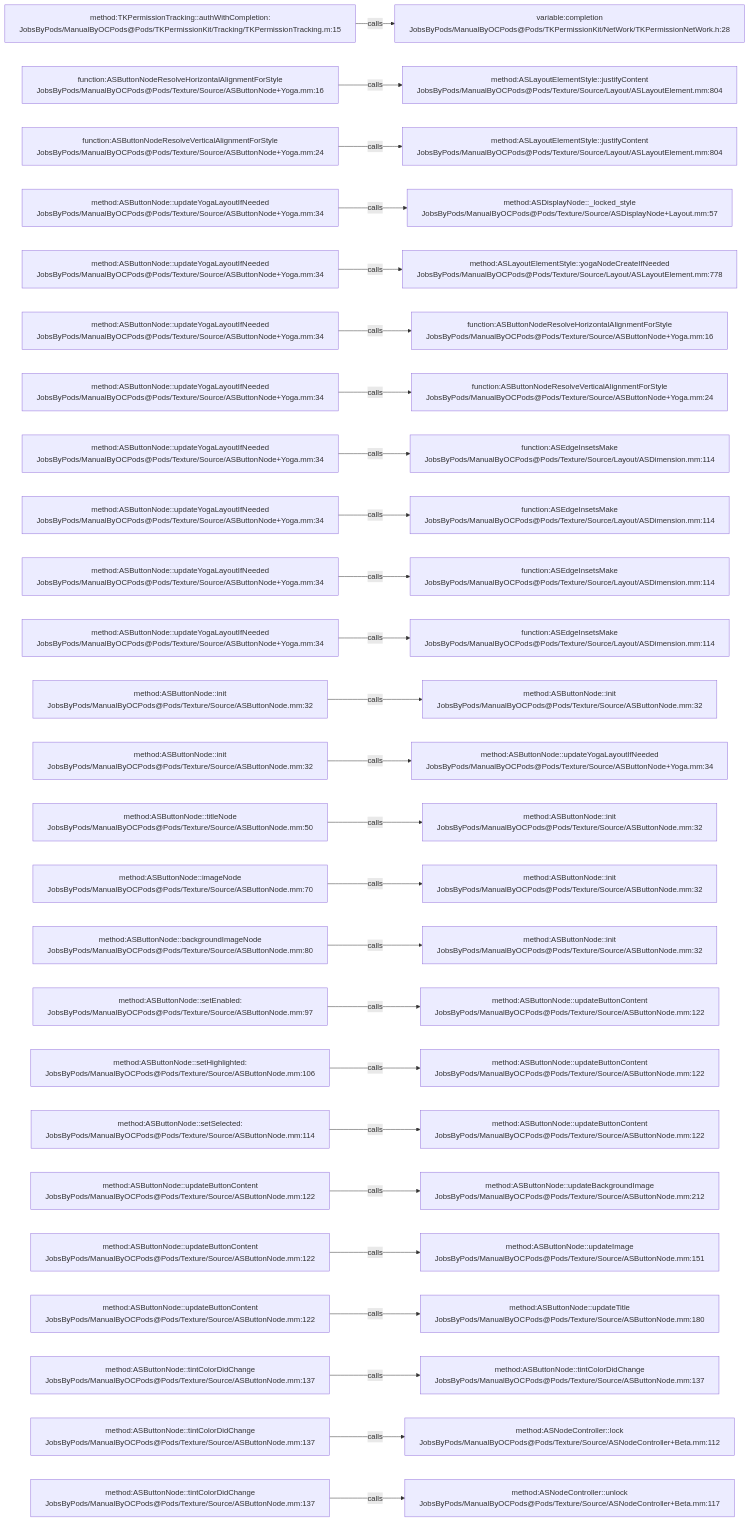
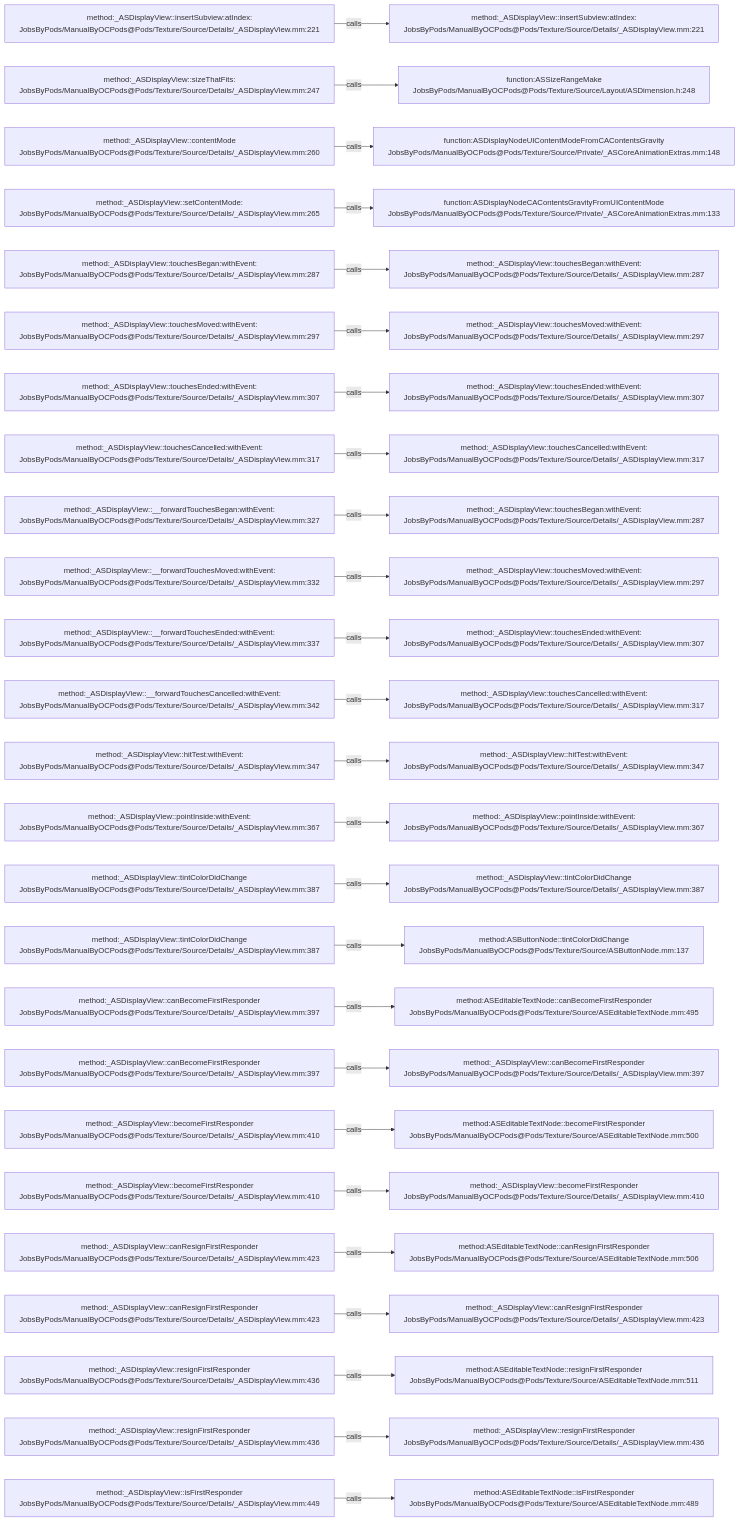
The diagram in .codegraph/codegraph.md/graphs/calls-180.md (JobsKits/JobsOCBaseConfigDemo), drawn with Mermaid before and after one commit. The commit also changed 2162 other files, not shown here.

````diff
--- a/.codegraph/codegraph.md/graphs/calls-180.md
+++ b/.codegraph/codegraph.md/graphs/calls-180.md
@@ -13,78 +13,78 @@
 ```mermaid
 flowchart LR
-  S1["method:TKPermissionTracking::authWithCompletion:<br/>JobsByPods/ManualByOCPods@Pods/TKPermissionKit/Tracking/TKPermissionTracking.m:15"]
-  T1["variable:completion<br/>JobsByPods/ManualByOCPods@Pods/TKPermissionKit/NetWork/TKPermissionNetWork.h:28"]
+  S1["method:_ASDisplayView::insertSubview:atIndex:<br/>JobsByPods/ManualByOCPods@Pods/Texture/Source/Details/_ASDisplayView.mm:221"]
+  T1["method:_ASDisplayView::insertSubview:atIndex:<br/>JobsByPods/ManualByOCPods@Pods/Texture/Source/Details/_ASDisplayView.mm:221"]
   S1 -->|calls| T1
-  S2["function:ASButtonNodeResolveHorizontalAlignmentForStyle<br/>JobsByPods/ManualByOCPods@Pods/Texture/Source/ASButtonNode+Yoga.mm:16"]
-  T2["method:ASLayoutElementStyle::justifyContent<br/>JobsByPods/ManualByOCPods@Pods/Texture/Source/Layout/ASLayoutElement.mm:804"]
+  S2["method:_ASDisplayView::sizeThatFits:<br/>JobsByPods/ManualByOCPods@Pods/Texture/Source/Details/_ASDisplayView.mm:247"]
+  T2["function:ASSizeRangeMake<br/>JobsByPods/ManualByOCPods@Pods/Texture/Source/Layout/ASDimension.h:248"]
   S2 -->|calls| T2
-  S3["function:ASButtonNodeResolveVerticalAlignmentForStyle<br/>JobsByPods/ManualByOCPods@Pods/Texture/Source/ASButtonNode+Yoga.mm:24"]
-  T3["method:ASLayoutElementStyle::justifyContent<br/>JobsByPods/ManualByOCPods@Pods/Texture/Source/Layout/ASLayoutElement.mm:804"]
+  S3["method:_ASDisplayView::contentMode<br/>JobsByPods/ManualByOCPods@Pods/Texture/Source/Details/_ASDisplayView.mm:260"]
+  T3["function:ASDisplayNodeUIContentModeFromCAContentsGravity<br/>JobsByPods/ManualByOCPods@Pods/Texture/Source/Private/_ASCoreAnimationExtras.mm:148"]
   S3 -->|calls| T3
-  S4["method:ASButtonNode::updateYogaLayoutIfNeeded<br/>JobsByPods/ManualByOCPods@Pods/Texture/Source/ASButtonNode+Yoga.mm:34"]
-  T4["method:ASDisplayNode::_locked_style<br/>JobsByPods/ManualByOCPods@Pods/Texture/Source/ASDisplayNode+Layout.mm:57"]
+  S4["method:_ASDisplayView::setContentMode:<br/>JobsByPods/ManualByOCPods@Pods/Texture/Source/Details/_ASDisplayView.mm:265"]
+  T4["function:ASDisplayNodeCAContentsGravityFromUIContentMode<br/>JobsByPods/ManualByOCPods@Pods/Texture/Source/Private/_ASCoreAnimationExtras.mm:133"]
   S4 -->|calls| T4
-  S5["method:ASButtonNode::updateYogaLayoutIfNeeded<br/>JobsByPods/ManualByOCPods@Pods/Texture/Source/ASButtonNode+Yoga.mm:34"]
-  T5["method:ASLayoutElementStyle::yogaNodeCreateIfNeeded<br/>JobsByPods/ManualByOCPods@Pods/Texture/Source/Layout/ASLayoutElement.mm:778"]
+  S5["method:_ASDisplayView::touchesBegan:withEvent:<br/>JobsByPods/ManualByOCPods@Pods/Texture/Source/Details/_ASDisplayView.mm:287"]
+  T5["method:_ASDisplayView::touchesBegan:withEvent:<br/>JobsByPods/ManualByOCPods@Pods/Texture/Source/Details/_ASDisplayView.mm:287"]
   S5 -->|calls| T5
-  S6["method:ASButtonNode::updateYogaLayoutIfNeeded<br/>JobsByPods/ManualByOCPods@Pods/Texture/Source/ASButtonNode+Yoga.mm:34"]
-  T6["function:ASButtonNodeResolveHorizontalAlignmentForStyle<br/>JobsByPods/ManualByOCPods@Pods/Texture/Source/ASButtonNode+Yoga.mm:16"]
+  S6["method:_ASDisplayView::touchesMoved:withEvent:<br/>JobsByPods/ManualByOCPods@Pods/Texture/Source/Details/_ASDisplayView.mm:297"]
+  T6["method:_ASDisplayView::touchesMoved:withEvent:<br/>JobsByPods/ManualByOCPods@Pods/Texture/Source/Details/_ASDisplayView.mm:297"]
   S6 -->|calls| T6
-  S7["method:ASButtonNode::updateYogaLayoutIfNeeded<br/>JobsByPods/ManualByOCPods@Pods/Texture/Source/ASButtonNode+Yoga.mm:34"]
-  T7["function:ASButtonNodeResolveVerticalAlignmentForStyle<br/>JobsByPods/ManualByOCPods@Pods/Texture/Source/ASButtonNode+Yoga.mm:24"]
+  S7["method:_ASDisplayView::touchesEnded:withEvent:<br/>JobsByPods/ManualByOCPods@Pods/Texture/Source/Details/_ASDisplayView.mm:307"]
+  T7["method:_ASDisplayView::touchesEnded:withEvent:<br/>JobsByPods/ManualByOCPods@Pods/Texture/Source/Details/_ASDisplayView.mm:307"]
   S7 -->|calls| T7
-  S8["method:ASButtonNode::updateYogaLayoutIfNeeded<br/>JobsByPods/ManualByOCPods@Pods/Texture/Source/ASButtonNode+Yoga.mm:34"]
-  T8["function:ASEdgeInsetsMake<br/>JobsByPods/ManualByOCPods@Pods/Texture/Source/Layout/ASDimension.mm:114"]
+  S8["method:_ASDisplayView::touchesCancelled:withEvent:<br/>JobsByPods/ManualByOCPods@Pods/Texture/Source/Details/_ASDisplayView.mm:317"]
+  T8["method:_ASDisplayView::touchesCancelled:withEvent:<br/>JobsByPods/ManualByOCPods@Pods/Texture/Source/Details/_ASDisplayView.mm:317"]
   S8 -->|calls| T8
-  S9["method:ASButtonNode::updateYogaLayoutIfNeeded<br/>JobsByPods/ManualByOCPods@Pods/Texture/Source/ASButtonNode+Yoga.mm:34"]
-  T9["function:ASEdgeInsetsMake<br/>JobsByPods/ManualByOCPods@Pods/Texture/Source/Layout/ASDimension.mm:114"]
+  S9["method:_ASDisplayView::__forwardTouchesBegan:withEvent:<br/>JobsByPods/ManualByOCPods@Pods/Texture/Source/Details/_ASDisplayView.mm:327"]
+  T9["method:_ASDisplayView::touchesBegan:withEvent:<br/>JobsByPods/ManualByOCPods@Pods/Texture/Source/Details/_ASDisplayView.mm:287"]
   S9 -->|calls| T9
-  S10["method:ASButtonNode::updateYogaLayoutIfNeeded<br/>JobsByPods/ManualByOCPods@Pods/Texture/Source/ASButtonNode+Yoga.mm:34"]
-  T10["function:ASEdgeInsetsMake<br/>JobsByPods/ManualByOCPods@Pods/Texture/Source/Layout/ASDimension.mm:114"]
+  S10["method:_ASDisplayView::__forwardTouchesMoved:withEvent:<br/>JobsByPods/ManualByOCPods@Pods/Texture/Source/Details/_ASDisplayView.mm:332"]
+  T10["method:_ASDisplayView::touchesMoved:withEvent:<br/>JobsByPods/ManualByOCPods@Pods/Texture/Source/Details/_ASDisplayView.mm:297"]
   S10 -->|calls| T10
-  S11["method:ASButtonNode::updateYogaLayoutIfNeeded<br/>JobsByPods/ManualByOCPods@Pods/Texture/Source/ASButtonNode+Yoga.mm:34"]
-  T11["function:ASEdgeInsetsMake<br/>JobsByPods/ManualByOCPods@Pods/Texture/Source/Layout/ASDimension.mm:114"]
+  S11["method:_ASDisplayView::__forwardTouchesEnded:withEvent:<br/>JobsByPods/ManualByOCPods@Pods/Texture/Source/Details/_ASDisplayView.mm:337"]
+  T11["method:_ASDisplayView::touchesEnded:withEvent:<br/>JobsByPods/ManualByOCPods@Pods/Texture/Source/Details/_ASDisplayView.mm:307"]
   S11 -->|calls| T11
-  S12["method:ASButtonNode::init<br/>JobsByPods/ManualByOCPods@Pods/Texture/Source/ASButtonNode.mm:32"]
-  T12["method:ASButtonNode::init<br/>JobsByPods/ManualByOCPods@Pods/Texture/Source/ASButtonNode.mm:32"]
+  S12["method:_ASDisplayView::__forwardTouchesCancelled:withEvent:<br/>JobsByPods/ManualByOCPods@Pods/Texture/Source/Details/_ASDisplayView.mm:342"]
+  T12["method:_ASDisplayView::touchesCancelled:withEvent:<br/>JobsByPods/ManualByOCPods@Pods/Texture/Source/Details/_ASDisplayView.mm:317"]
   S12 -->|calls| T12
-  S13["method:ASButtonNode::init<br/>JobsByPods/ManualByOCPods@Pods/Texture/Source/ASButtonNode.mm:32"]
-  T13["method:ASButtonNode::updateYogaLayoutIfNeeded<br/>JobsByPods/ManualByOCPods@Pods/Texture/Source/ASButtonNode+Yoga.mm:34"]
+  S13["method:_ASDisplayView::hitTest:withEvent:<br/>JobsByPods/ManualByOCPods@Pods/Texture/Source/Details/_ASDisplayView.mm:347"]
+  T13["method:_ASDisplayView::hitTest:withEvent:<br/>JobsByPods/ManualByOCPods@Pods/Texture/Source/Details/_ASDisplayView.mm:347"]
   S13 -->|calls| T13
-  S14["method:ASButtonNode::titleNode<br/>JobsByPods/ManualByOCPods@Pods/Texture/Source/ASButtonNode.mm:50"]
-  T14["method:ASButtonNode::init<br/>JobsByPods/ManualByOCPods@Pods/Texture/Source/ASButtonNode.mm:32"]
+  S14["method:_ASDisplayView::pointInside:withEvent:<br/>JobsByPods/ManualByOCPods@Pods/Texture/Source/Details/_ASDisplayView.mm:367"]
+  T14["method:_ASDisplayView::pointInside:withEvent:<br/>JobsByPods/ManualByOCPods@Pods/Texture/Source/Details/_ASDisplayView.mm:367"]
   S14 -->|calls| T14
-  S15["method:ASButtonNode::imageNode<br/>JobsByPods/ManualByOCPods@Pods/Texture/Source/ASButtonNode.mm:70"]
-  T15["method:ASButtonNode::init<br/>JobsByPods/ManualByOCPods@Pods/Texture/Source/ASButtonNode.mm:32"]
+  S15["method:_ASDisplayView::tintColorDidChange<br/>JobsByPods/ManualByOCPods@Pods/Texture/Source/Details/_ASDisplayView.mm:387"]
+  T15["method:_ASDisplayView::tintColorDidChange<br/>JobsByPods/ManualByOCPods@Pods/Texture/Source/Details/_ASDisplayView.mm:387"]
   S15 -->|calls| T15
-  S16["method:ASButtonNode::backgroundImageNode<br/>JobsByPods/ManualByOCPods@Pods/Texture/Source/ASButtonNode.mm:80"]
-  T16["method:ASButtonNode::init<br/>JobsByPods/ManualByOCPods@Pods/Texture/Source/ASButtonNode.mm:32"]
+  S16["method:_ASDisplayView::tintColorDidChange<br/>JobsByPods/ManualByOCPods@Pods/Texture/Source/Details/_ASDisplayView.mm:387"]
+  T16["method:ASButtonNode::tintColorDidChange<br/>JobsByPods/ManualByOCPods@Pods/Texture/Source/ASButtonNode.mm:137"]
   S16 -->|calls| T16
-  S17["method:ASButtonNode::setEnabled:<br/>JobsByPods/ManualByOCPods@Pods/Texture/Source/ASButtonNode.mm:97"]
-  T17["method:ASButtonNode::updateButtonContent<br/>JobsByPods/ManualByOCPods@Pods/Texture/Source/ASButtonNode.mm:122"]
+  S17["method:_ASDisplayView::canBecomeFirstResponder<br/>JobsByPods/ManualByOCPods@Pods/Texture/Source/Details/_ASDisplayView.mm:397"]
+  T17["method:ASEditableTextNode::canBecomeFirstResponder<br/>JobsByPods/ManualByOCPods@Pods/Texture/Source/ASEditableTextNode.mm:495"]
   S17 -->|calls| T17
-  S18["method:ASButtonNode::setHighlighted:<br/>JobsByPods/ManualByOCPods@Pods/Texture/Source/ASButtonNode.mm:106"]
-  T18["method:ASButtonNode::updateButtonContent<br/>JobsByPods/ManualByOCPods@Pods/Texture/Source/ASButtonNode.mm:122"]
+  S18["method:_ASDisplayView::canBecomeFirstResponder<br/>JobsByPods/ManualByOCPods@Pods/Texture/Source/Details/_ASDisplayView.mm:397"]
+  T18["method:_ASDisplayView::canBecomeFirstResponder<br/>JobsByPods/ManualByOCPods@Pods/Texture/Source/Details/_ASDisplayView.mm:397"]
   S18 -->|calls| T18
-  S19["method:ASButtonNode::setSelected:<br/>JobsByPods/ManualByOCPods@Pods/Texture/Source/ASButtonNode.mm:114"]
-  T19["method:ASButtonNode::updateButtonContent<br/>JobsByPods/ManualByOCPods@Pods/Texture/Source/ASButtonNode.mm:122"]
+  S19["method:_ASDisplayView::becomeFirstResponder<br/>JobsByPods/ManualByOCPods@Pods/Texture/Source/Details/_ASDisplayView.mm:410"]
+  T19["method:ASEditableTextNode::becomeFirstResponder<br/>JobsByPods/ManualByOCPods@Pods/Texture/Source/ASEditableTextNode.mm:500"]
   S19 -->|calls| T19
-  S20["method:ASButtonNode::updateButtonContent<br/>JobsByPods/ManualByOCPods@Pods/Texture/Source/ASButtonNode.mm:122"]
-  T20["method:ASButtonNode::updateBackgroundImage<br/>JobsByPods/ManualByOCPods@Pods/Texture/Source/ASButtonNode.mm:212"]
+  S20["method:_ASDisplayView::becomeFirstResponder<br/>JobsByPods/ManualByOCPods@Pods/Texture/Source/Details/_ASDisplayView.mm:410"]
+  T20["method:_ASDisplayView::becomeFirstResponder<br/>JobsByPods/ManualByOCPods@Pods/Texture/Source/Details/_ASDisplayView.mm:410"]
   S20 -->|calls| T20
-  S21["method:ASButtonNode::updateButtonContent<br/>JobsByPods/ManualByOCPods@Pods/Texture/Source/ASButtonNode.mm:122"]
-  T21["method:ASButtonNode::updateImage<br/>JobsByPods/ManualByOCPods@Pods/Texture/Source/ASButtonNode.mm:151"]
+  S21["method:_ASDisplayView::canResignFirstResponder<br/>JobsByPods/ManualByOCPods@Pods/Texture/Source/Details/_ASDisplayView.mm:423"]
+  T21["method:ASEditableTextNode::canResignFirstResponder<br/>JobsByPods/ManualByOCPods@Pods/Texture/Source/ASEditableTextNode.mm:506"]
   S21 -->|calls| T21
-  S22["method:ASButtonNode::updateButtonContent<br/>JobsByPods/ManualByOCPods@Pods/Texture/Source/ASButtonNode.mm:122"]
-  T22["method:ASButtonNode::updateTitle<br/>JobsByPods/ManualByOCPods@Pods/Texture/Source/ASButtonNode.mm:180"]
+  S22["method:_ASDisplayView::canResignFirstResponder<br/>JobsByPods/ManualByOCPods@Pods/Texture/Source/Details/_ASDisplayView.mm:423"]
+  T22["method:_ASDisplayView::canResignFirstResponder<br/>JobsByPods/ManualByOCPods@Pods/Texture/Source/Details/_ASDisplayView.mm:423"]
   S22 -->|calls| T22
-  S23["method:ASButtonNode::tintColorDidChange<br/>JobsByPods/ManualByOCPods@Pods/Texture/Source/ASButtonNode.mm:137"]
-  T23["method:ASButtonNode::tintColorDidChange<br/>JobsByPods/ManualByOCPods@Pods/Texture/Source/ASButtonNode.mm:137"]
+  S23["method:_ASDisplayView::resignFirstResponder<br/>JobsByPods/ManualByOCPods@Pods/Texture/Source/Details/_ASDisplayView.mm:436"]
+  T23["method:ASEditableTextNode::resignFirstResponder<br/>JobsByPods/ManualByOCPods@Pods/Texture/Source/ASEditableTextNode.mm:511"]
   S23 -->|calls| T23
-  S24["method:ASButtonNode::tintColorDidChange<br/>JobsByPods/ManualByOCPods@Pods/Texture/Source/ASButtonNode.mm:137"]
-  T24["method:ASNodeController::lock<br/>JobsByPods/ManualByOCPods@Pods/Texture/Source/ASNodeController+Beta.mm:112"]
+  S24["method:_ASDisplayView::resignFirstResponder<br/>JobsByPods/ManualByOCPods@Pods/Texture/Source/Details/_ASDisplayView.mm:436"]
+  T24["method:_ASDisplayView::resignFirstResponder<br/>JobsByPods/ManualByOCPods@Pods/Texture/Source/Details/_ASDisplayView.mm:436"]
   S24 -->|calls| T24
-  S25["method:ASButtonNode::tintColorDidChange<br/>JobsByPods/ManualByOCPods@Pods/Texture/Source/ASButtonNode.mm:137"]
-  T25["method:ASNodeController::unlock<br/>JobsByPods/ManualByOCPods@Pods/Texture/Source/ASNodeController+Beta.mm:117"]
+  S25["method:_ASDisplayView::isFirstResponder<br/>JobsByPods/ManualByOCPods@Pods/Texture/Source/Details/_ASDisplayView.mm:449"]
+  T25["method:ASEditableTextNode::isFirstResponder<br/>JobsByPods/ManualByOCPods@Pods/Texture/Source/ASEditableTextNode.mm:489"]
   S25 -->|calls| T25
 ```
````
